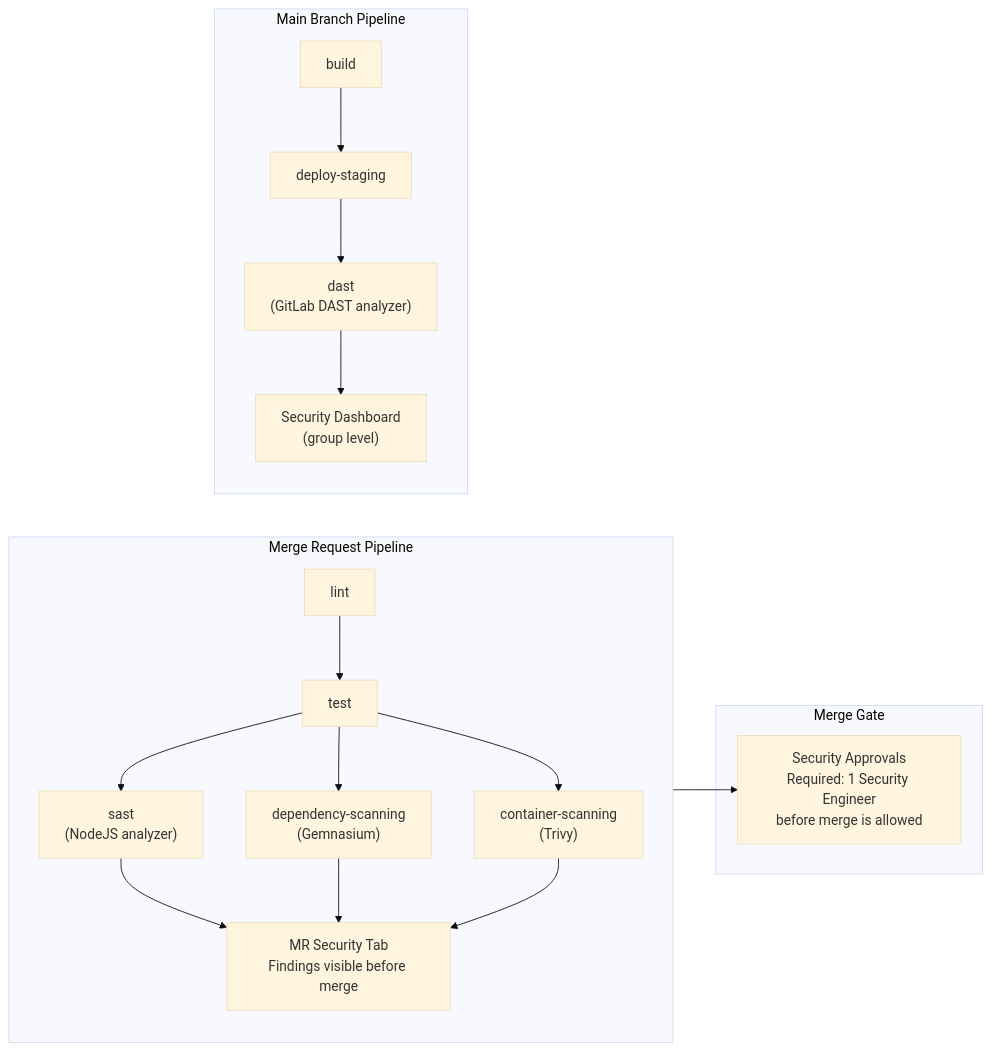
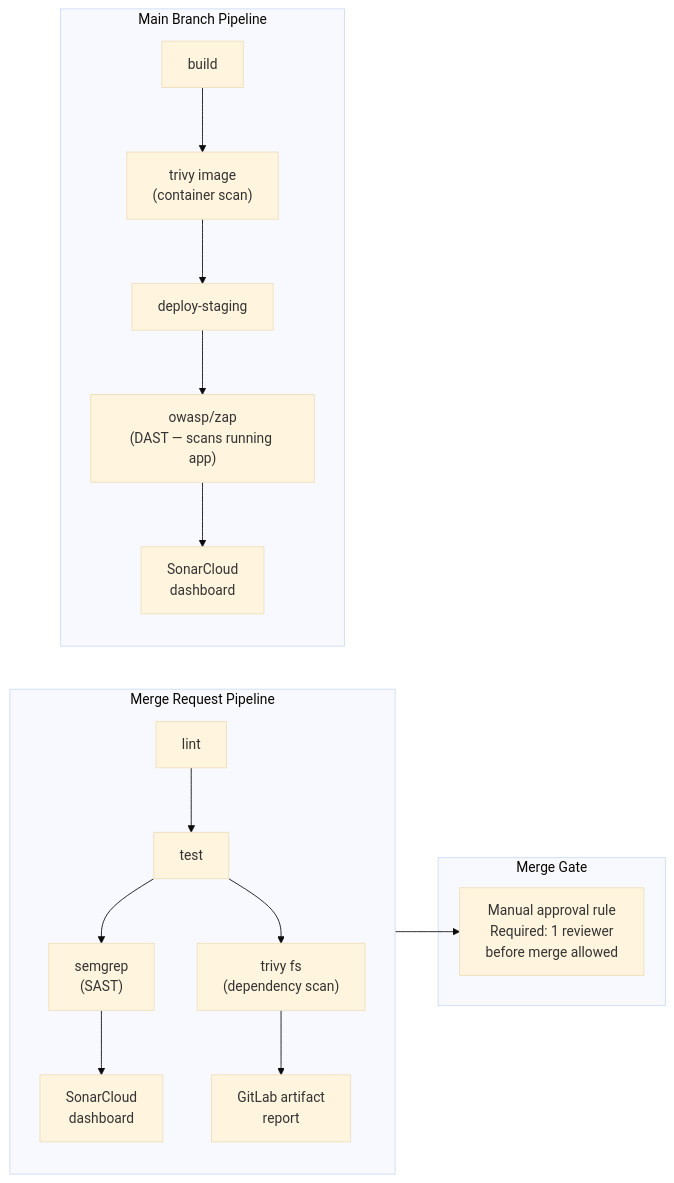
One commit to wb-platform-engineering-lab/cicd-migration-lab-jenkins-to-gitlab changed the diagram in phase-8-gitlab-native/README.md. Above: the diagram before and after it, drawn with Mermaid (base theme). The commit also changed other lines of this file, not shown here.

First line of the commit message:
feat(phase-8): rewrite around free tools — Semgrep, Trivy, ZAP, SonarCloud

````diff
--- a/phase-8-gitlab-native/README.md
+++ b/phase-8-gitlab-native/README.md
@@ -45,24 +45,23 @@
 ```mermaid
 flowchart LR
     subgraph mr["Merge Request Pipeline"]
         direction TB
         L["lint"] --> T["test"]
-        T --> S["sast\n(NodeJS analyzer)"]
-        T --> D["dependency-scanning\n(Gemnasium)"]
-        T --> CS["container-scanning\n(Trivy)"]
-        S --> MR["MR Security Tab\nFindings visible before merge"]
-        D --> MR
-        CS --> MR
+        T --> SG["semgrep\n(SAST)"]
+        T --> TR["trivy fs\n(dependency scan)"]
+        SG --> SC["SonarCloud\ndashboard"]
+        TR --> AR["GitLab artifact\nreport"]
     end
 
     subgraph main["Main Branch Pipeline"]
         direction TB
-        B["build"] --> DP["deploy-staging"]
-        DP --> DAST["dast\n(GitLab DAST analyzer)"]
-        DAST --> DASH["Security Dashboard\n(group level)"]
+        B["build"] --> TI["trivy image\n(container scan)"]
+        TI --> DS["deploy-staging"]
+        DS --> ZAP["owasp/zap\n(DAST — scans running app)"]
+        ZAP --> SC2["SonarCloud\ndashboard"]
     end
 
     subgraph gate["Merge Gate"]
-        MR --> APPROVAL["Security Approvals\nRequired: 1 Security Engineer\nbefore merge is allowed"]
+        AR --> APPROVAL["Manual approval rule\nRequired: 1 reviewer\nbefore merge allowed"]
     end
 ```
````
